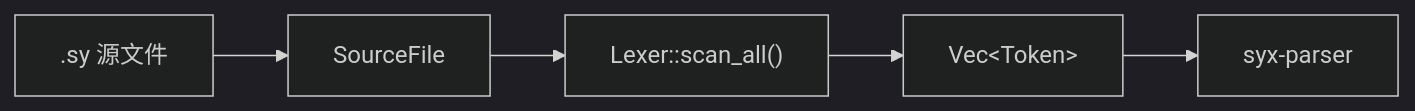
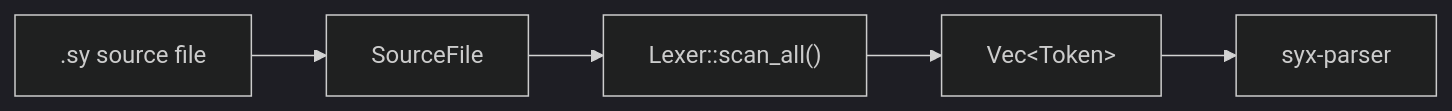
Before and after one commit to synvek/syx: the diagram in docs/1_LexicalAnalysis.md, drawn with Mermaid (dark theme). The commit also changed other lines of this file and 27 other files, not shown here.

````diff
--- a/docs/1_LexicalAnalysis.md
+++ b/docs/1_LexicalAnalysis.md
@@ -22,7 +24,7 @@
 ```mermaid
 flowchart LR
-    A[".sy 源文件"] --> B["SourceFile"]
+    A[".sy source file"] --> B["SourceFile"]
     B --> C["Lexer::scan_all()"]
     C --> D["Vec&lt;Token&gt;"]
     D --> E["syx-parser"]
 ```
````
